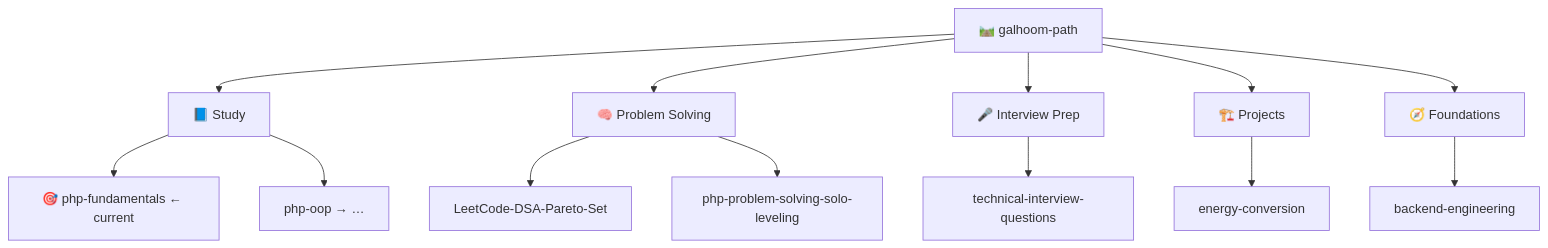
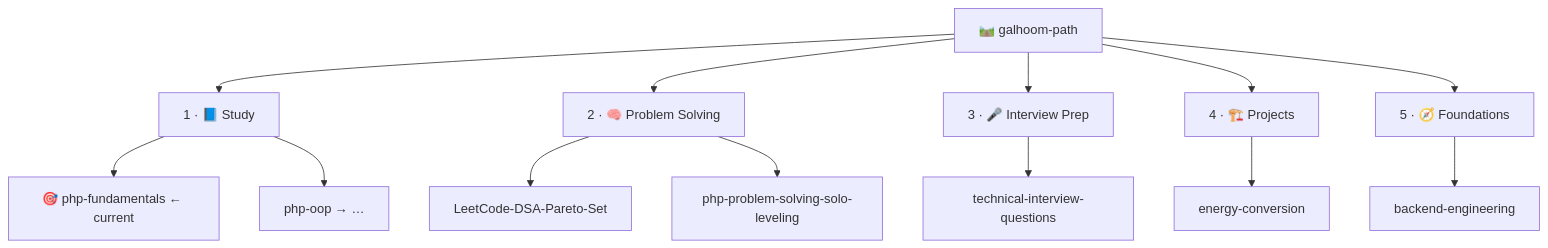
One commit to Galhoom22/Galhoom22 changed the diagram in README.md. Above: the diagram before and after it, drawn with Mermaid. The commit also changed other lines of this file, not shown here.

````diff
--- a/README.md
+++ b/README.md
@@ -38,16 +55,16 @@
 ```mermaid
 flowchart TB
   ORG["🛤️ galhoom-path"]
-  ORG --> S["📘 Study"]
-  ORG --> P["🧠 Problem Solving"]
-  ORG --> I["🎤 Interview Prep"]
-  ORG --> R["🏗️ Projects"]
-  ORG --> F["🧭 Foundations"]
+  ORG --> S["1 · 📘 Study"]
+  ORG --> P["2 · 🧠 Problem Solving"]
+  ORG --> I["3 · 🎤 Interview Prep"]
+  ORG --> R["4 · 🏗️ Projects"]
+  ORG --> F["5 · 🧭 Foundations"]
   S --> S1["🎯 php-fundamentals ← current"]
   S --> S2["php-oop → …"]
   P --> P1["LeetCode-DSA-Pareto-Set"]
   P --> P2["php-problem-solving-solo-leveling"]
   I --> I1["technical-interview-questions"]
   R --> R1["energy-conversion"]
   F --> F1["backend-engineering"]
 ```
````
